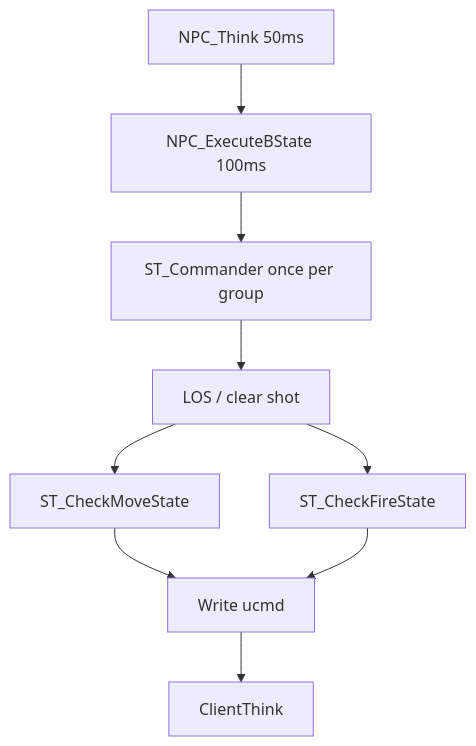
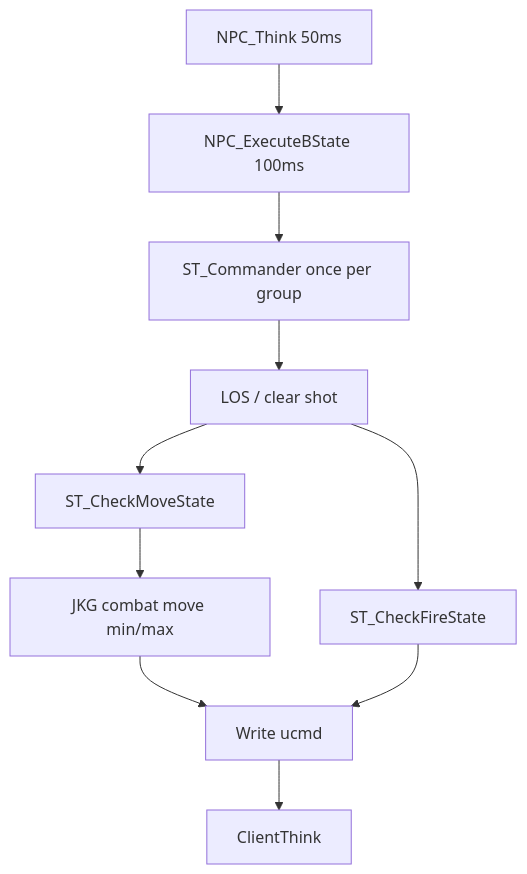
The first of 2 diagrams in docs/jk2-npc-ai-architecture.md (joshuahelm088/JediKnight-Gunplay), drawn with Mermaid before and after one commit. The commit also changed other lines of this file and 3 other files, not shown here.

````diff
--- a/docs/jk2-npc-ai-architecture.md
+++ b/docs/jk2-npc-ai-architecture.md
@@ -15,20 +15,21 @@
 ```mermaid
 flowchart TD
     think[NPC_Think 50ms]
     bstate[NPC_ExecuteBState 100ms]
     cmd[ST_Commander once per group]
     perceive[LOS / clear shot]
     move[ST_CheckMoveState]
     fire[ST_CheckFireState]
     ucmd[Write ucmd]
     client[ClientThink]
 
     think --> bstate
     bstate --> cmd
     cmd --> perceive
     perceive --> move
     perceive --> fire
-    move --> ucmd
+    move --> jkg[JKG combat move min/max]
+    jkg --> ucmd
     fire --> ucmd
     ucmd --> client
 ```
````
